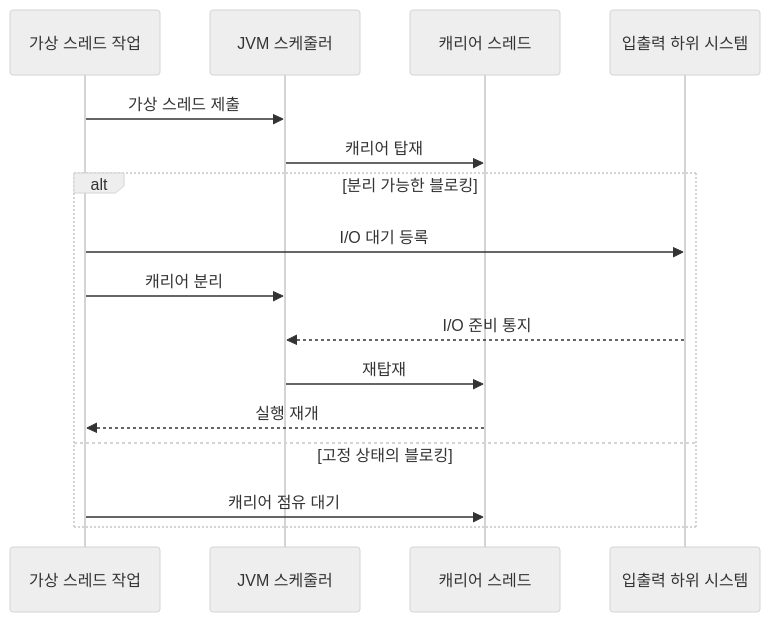
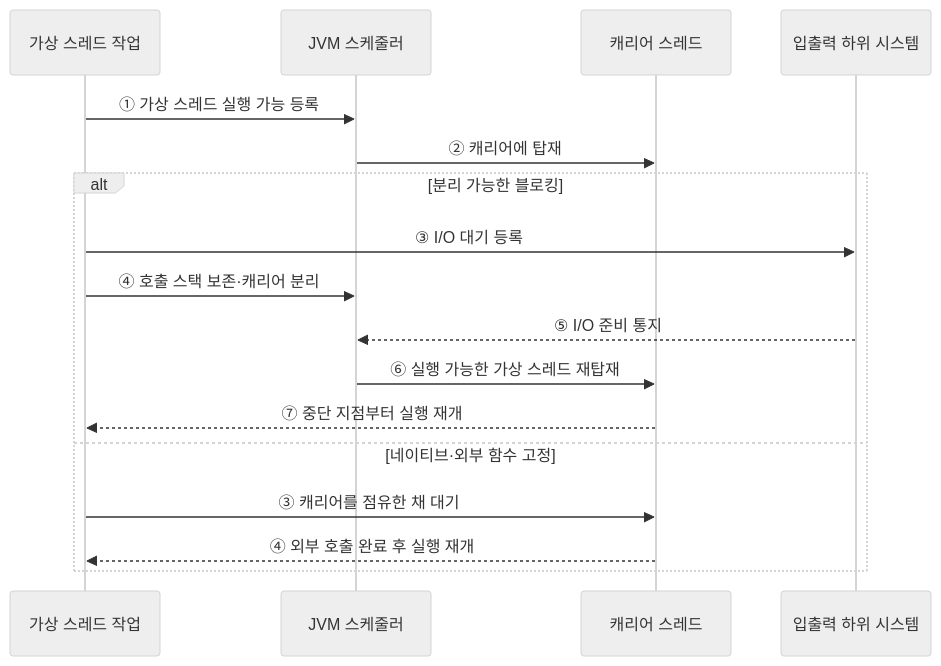
Before and after one commit to agnusdei1207/knowledge-base: the second of 2 diagrams in src/content/docs/notes/03-software/025_virtual_thread.md, drawn with Mermaid (neutral theme). The commit also changed other lines of this file and 20 other files, not shown here.

````diff
--- a/src/content/docs/notes/03-software/025_virtual_thread.md
+++ b/src/content/docs/notes/03-software/025_virtual_thread.md
@@ -100,18 +93,19 @@
 ```mermaid
 sequenceDiagram
     participant V as 가상 스레드 작업
     participant S as JVM 스케줄러
     participant C as 캐리어 스레드
     participant I as 입출력 하위 시스템
-    V->>S: 가상 스레드 제출
-    S->>C: 캐리어 탑재
+    V->>S: ① 가상 스레드 실행 가능 등록
+    S->>C: ② 캐리어에 탑재
     alt 분리 가능한 블로킹
-        V->>I: I/O 대기 등록
-        V->>S: 캐리어 분리
-        I-->>S: I/O 준비 통지
-        S->>C: 재탑재
-        C-->>V: 실행 재개
-    else 고정 상태의 블로킹
-        V->>C: 캐리어 점유 대기
+        V->>I: ③ I/O 대기 등록
+        V->>S: ④ 호출 스택 보존·캐리어 분리
+        I-->>S: ⑤ I/O 준비 통지
+        S->>C: ⑥ 실행 가능한 가상 스레드 재탑재
+        C-->>V: ⑦ 중단 지점부터 실행 재개
+    else 네이티브·외부 함수 고정
+        V->>C: ③ 캐리어를 점유한 채 대기
+        C-->>V: ④ 외부 호출 완료 후 실행 재개
     end
 ```
````
